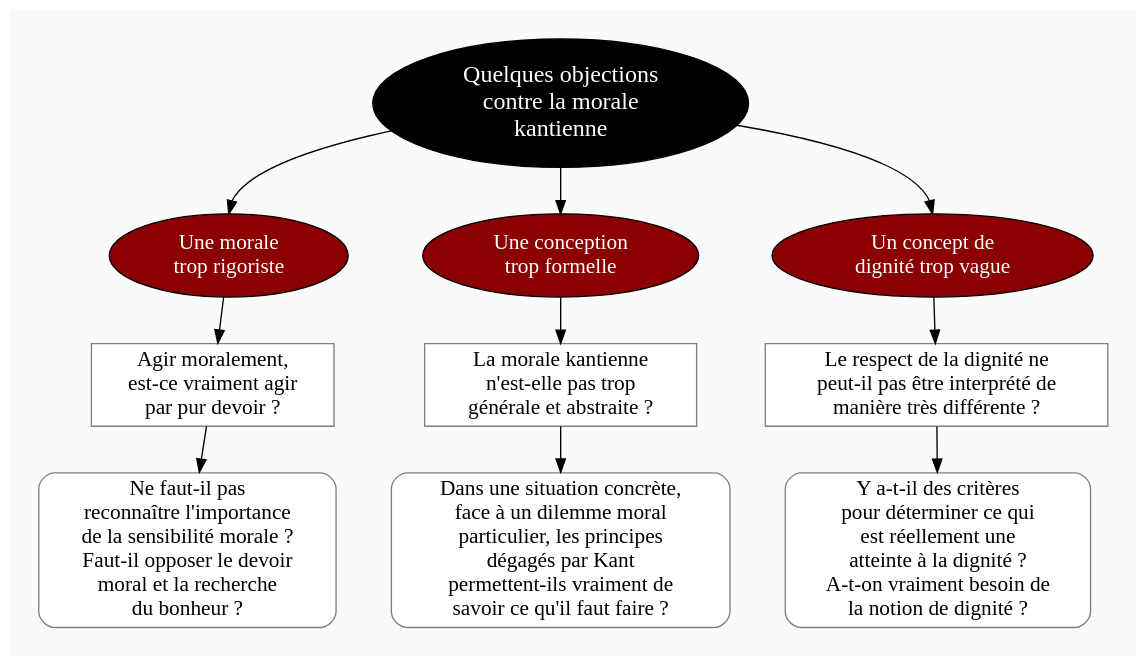
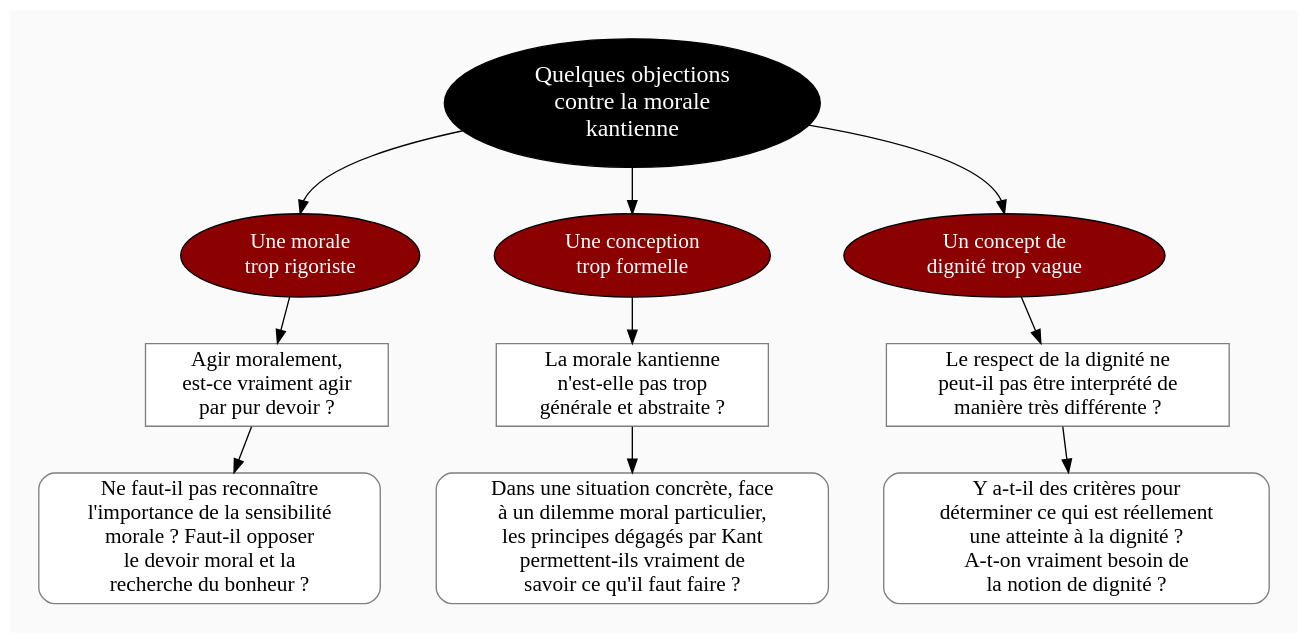
Before and after one commit to eyssette/graphviz-examples: the diagram in diagram/objections-morale-kantienne.dot, drawn with Graphviz.

```diff
--- a/diagram/objections-morale-kantienne.dot
+++ b/diagram/objections-morale-kantienne.dot
@@ -1,104 +1,101 @@
 digraph G {
 // Template : diagram
 // Usage : 
 //rankdir=LR
 splines=true
 //splines=curved
 bgcolor=grey98
 pad=0.3
 style=filled
 edge[minlen=4]
 node[style=filled, fontcolor=white]
 ranksep=0.1
 nodesep=0.2
 
 // NIVEAU 1
 node[fillcolor=12, fontsize=18]
 a1[label="Quelques objections
 contre la morale
 kantienne"]
 
 // NIVEAU 2
 node[fillcolor=red4, fontsize=16]
 a1->{
 b1[label="Une morale
 trop rigoriste"]    
 b2[label="Une conception
 trop formelle"]
 b3[label="Un concept de
 dignité trop vague", URL="https://docs.google.com/document/d/1K-_-mzQFSjUQi7tpYJQwSr4WjTQwio0kK5iGPpox81k/edit?usp=sharing"]
 }[headport=n]
 
 {rank=same;b1->b2->b3[style=invis]}
 
 node[fontcolor=black]
 // NIVEAU 3 (sans intermédiaire)
 node [shape=box, fillcolor=white, color=grey50]
 // c1[label=""]
 b1->c1
 c1[label="Agir moralement,
 est-ce vraiment agir
 par pur devoir ?"]
 b2->c2
 c2[label="La morale kantienne
 n'est-elle pas trop
 générale et abstraite ?"]
 b3->c3
 c3[label="Le respect de la dignité ne
 peut-il pas être interprété de
 manière très différente ?", URL="https://docs.google.com/document/d/1K-_-mzQFSjUQi7tpYJQwSr4WjTQwio0kK5iGPpox81k/edit?usp=sharing"]
 
 
 // INTERMÉDIAIRE AVANT NIVEAU 3
 node[fillcolor=grey78, shape=oval]
 // [arrowhead=none]
 // bc1[label=""]
 
 // NIVEAU 3 (avec intermédiaire)
 node[fillcolor=white, shape=box, color=grey50]
 // c1[label=""]
 
 // NIVEAU 4
 node[style="filled,rounded", fillcolor=white, shape=box, color=grey50]
 // d1[label=""]
 
 c1->d1
-d1[label="Ne faut-il pas
-reconnaître l'importance
-de la sensibilité morale ?
-Faut-il opposer le devoir
-moral et la recherche
-du bonheur ?"]
+d1[label="Ne faut-il pas reconnaître
+l'importance de la sensibilité
+morale ? Faut-il opposer
+le devoir moral et la
+recherche du bonheur ?"]
 
 c2->d2
-d2[label="Dans une situation concrète,
-face à un dilemme moral
-particulier, les principes
-dégagés par Kant
+d2[label="Dans une situation concrète, face
+à un dilemme moral particulier,
+les principes dégagés par Kant
 permettent-ils vraiment de
 savoir ce qu'il faut faire ?"]
 
 c3->d3
-d3[label="Y a-t-il des critères
-pour déterminer ce qui
-est réellement une
-atteinte à la dignité ?
+d3[label="Y a-t-il des critères pour
+déterminer ce qui est réellement
+une atteinte à la dignité ?
 A-t-on vraiment besoin de
 la notion de dignité ?", URL="https://docs.google.com/document/d/1K-_-mzQFSjUQi7tpYJQwSr4WjTQwio0kK5iGPpox81k/edit?usp=sharing"]
 
 {rank=same;d1->d2->d3[style=invis,minlen=3]}
 
 // ÉTIQUETTES EN ROUGE
 node[shape=plaintext, fontcolor=firebrick3, fillcolor=grey98]
 // e1[label=< <B>= Titre</B><BR /><BR />Contenu<BR /> >]
 // e1[label=""]
 // ->e1[minlen=1, style=invis]
 
 // REMARQUES EN BLEU
 node[color=blue, shape=box, margin=0.07, fontcolor=black, fontsize=12, style="dashed", penwidth=0.6]
 edge[color=blue, arrowhead="none", xlabel="", style="dashed", penwidth=0.6]
 // r1[label=""]
 // {rank=same;->r1}
 // {rank=same;r1->[dir=back]}
 
 }
```
